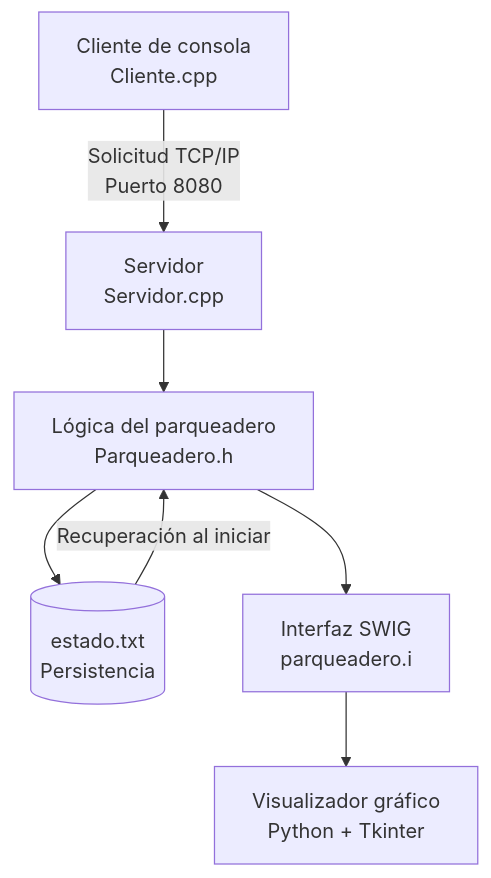
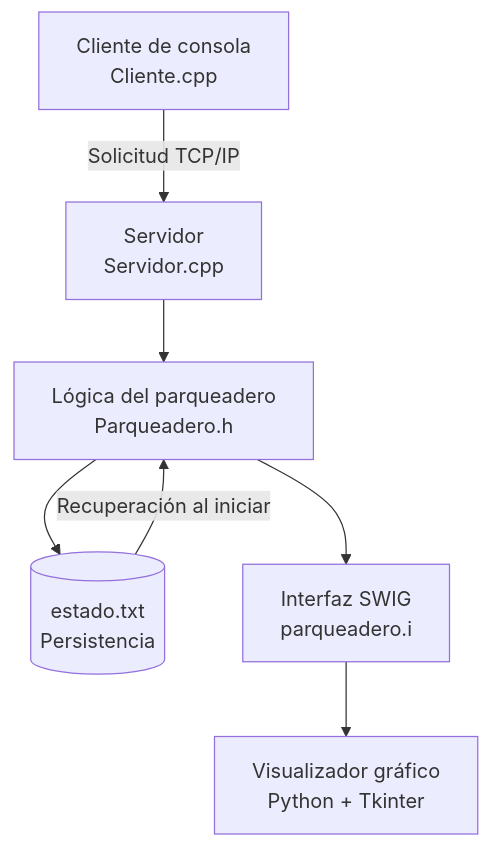
One commit to Samara-giraldo/PARQUEADERO changed the diagram in README.md. Above: the diagram before and after it, drawn with Mermaid.

````diff
--- a/README.md
+++ b/README.md
@@ -80,9 +80,9 @@
 ```mermaid
 flowchart TD
-    A["Cliente de consola<br/>Cliente.cpp"] -->|"Solicitud TCP/IP<br/>Puerto 8080"| B["Servidor<br/>Servidor.cpp"]
+    A["Cliente de consola<br/>Cliente.cpp"] -->|"Solicitud TCP/IP<br/>"| B["Servidor<br/>Servidor.cpp"]
     B --> C["Lógica del parqueadero<br/>Parqueadero.h"]
     C --> D[("estado.txt<br/>Persistencia")]
     D -->|"Recuperación al iniciar"| C
     C --> E["Interfaz SWIG<br/>parqueadero.i"]
     E --> F["Visualizador gráfico<br/>Python + Tkinter"]
 ```
````
